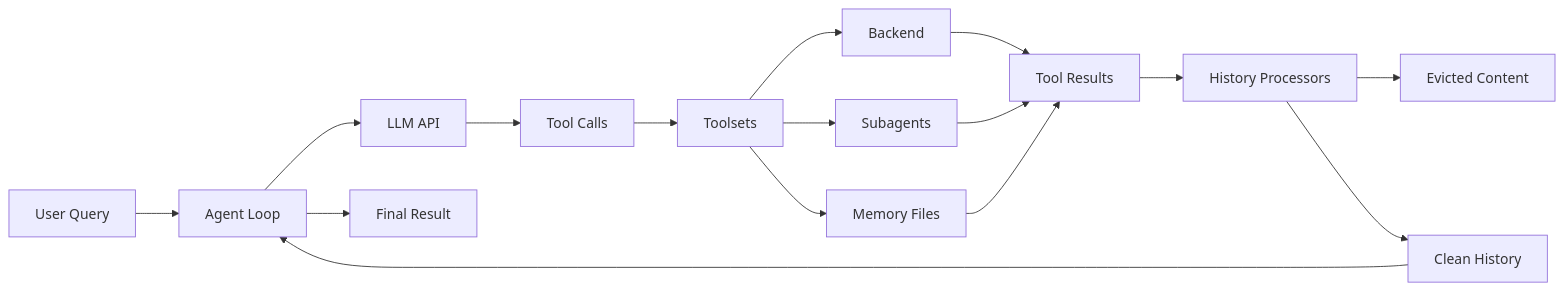
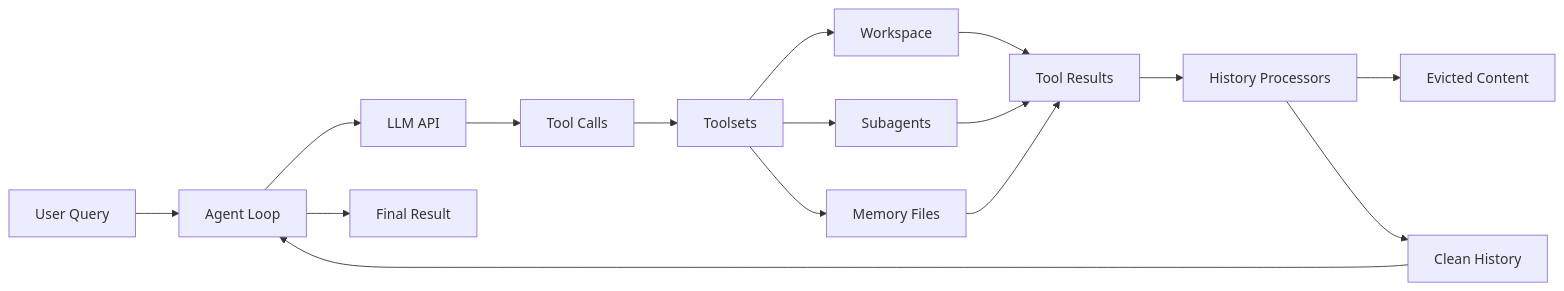
The eighth of 9 diagrams in docs/c4/3-workflow-overview.md (vstorm-co/pydantic-deepagents), drawn with Mermaid before and after one commit. The commit also changed other lines of this file and 68 other files, not shown here.

````diff
--- a/docs/c4/3-workflow-overview.md
+++ b/docs/c4/3-workflow-overview.md
@@ -352,18 +352,18 @@
 ```mermaid
 flowchart LR
     UserQuery["User Query"] --> AgentLoop["Agent Loop"]
     AgentLoop --> LLM["LLM API"]
     LLM --> ToolCalls["Tool Calls"]
     ToolCalls --> Toolsets["Toolsets"]
-    Toolsets --> Backend["Backend"]
+    Toolsets --> Workspace["Workspace"]
     Toolsets --> Subagents["Subagents"]
     Toolsets --> Memory["Memory Files"]
-    Backend --> ToolResults["Tool Results"]
+    Workspace --> ToolResults["Tool Results"]
     Subagents --> ToolResults
     Memory --> ToolResults
     ToolResults --> HistoryProcessors["History Processors"]
     HistoryProcessors --> EvictedContent["Evicted Content"]
     HistoryProcessors --> CleanHistory["Clean History"]
     CleanHistory --> AgentLoop
     AgentLoop --> FinalResult["Final Result"]
 ```
````
